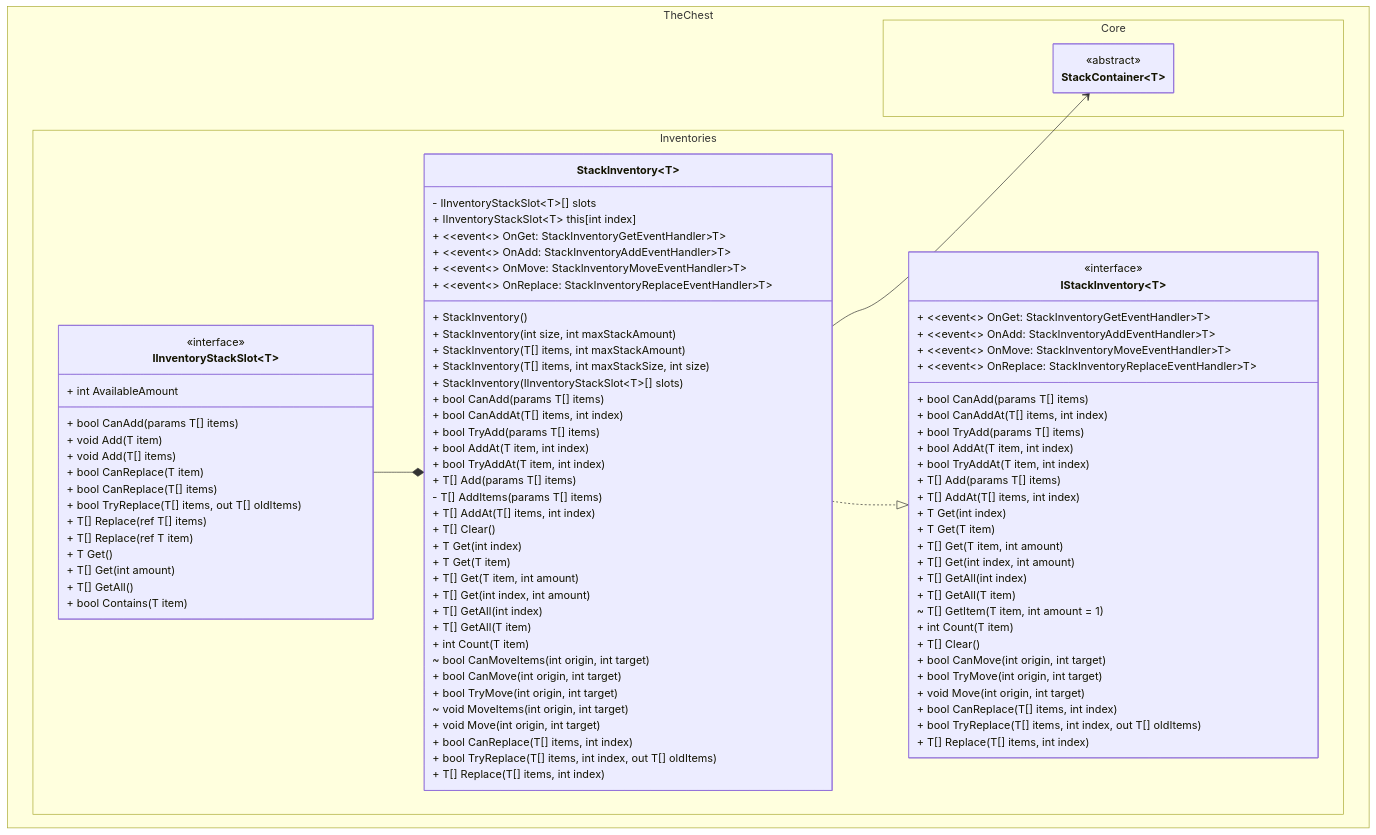
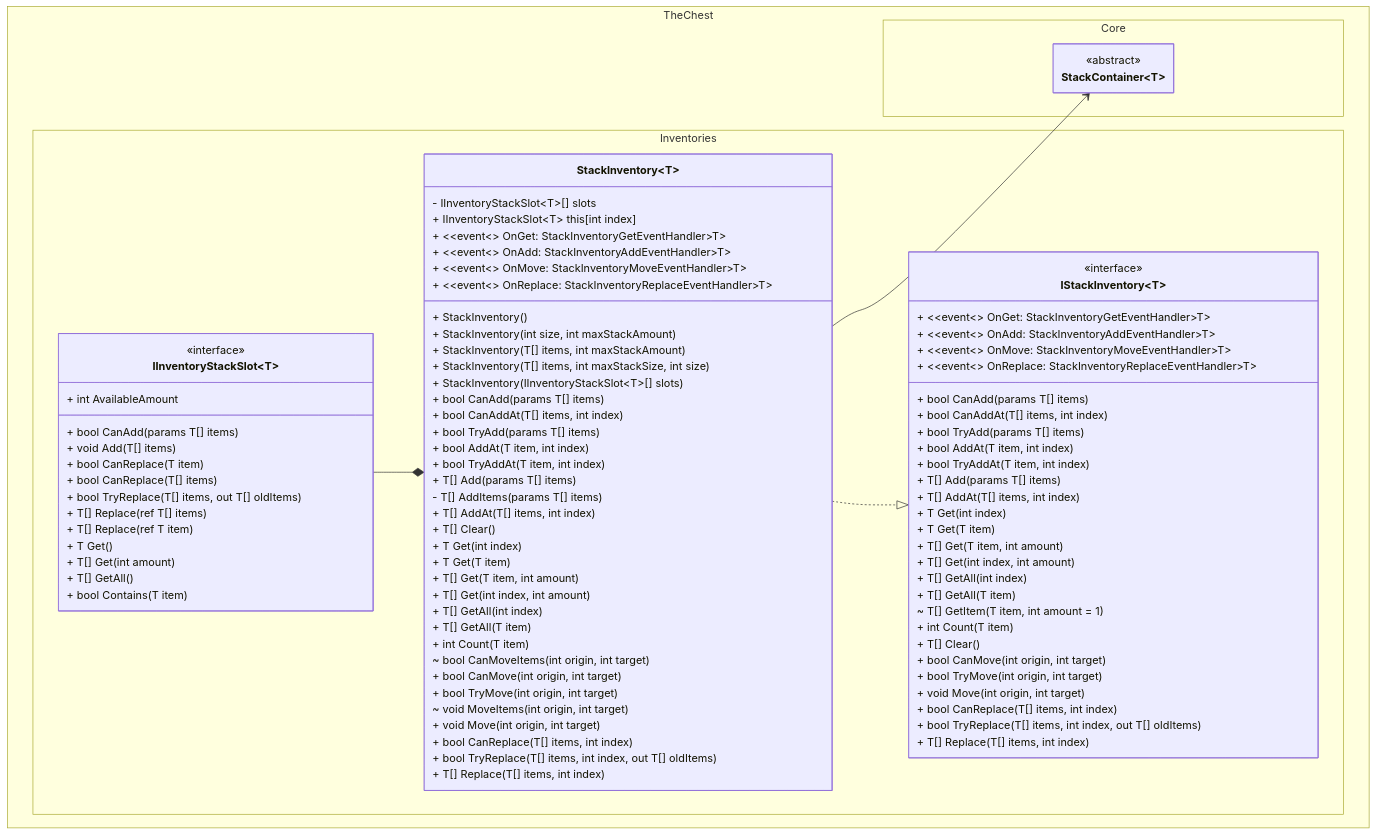
One commit to The-Chest/TheChest.Inventories changed the first of 2 diagrams in docs/stack_inventory/class_diagram.md. Above: the diagram before and after it, drawn with Mermaid. The commit also changed other lines of this file and 4 other files, not shown here.

```diff
--- a/docs/stack_inventory/class_diagram.md
+++ b/docs/stack_inventory/class_diagram.md
@@ -69,7 +69,6 @@
             + int AvailableAmount 
 
             + bool CanAdd(params T[] items)
-            + void Add(T item)
             + void Add(T[] items)
 
             + bool CanReplace(T item)
```
